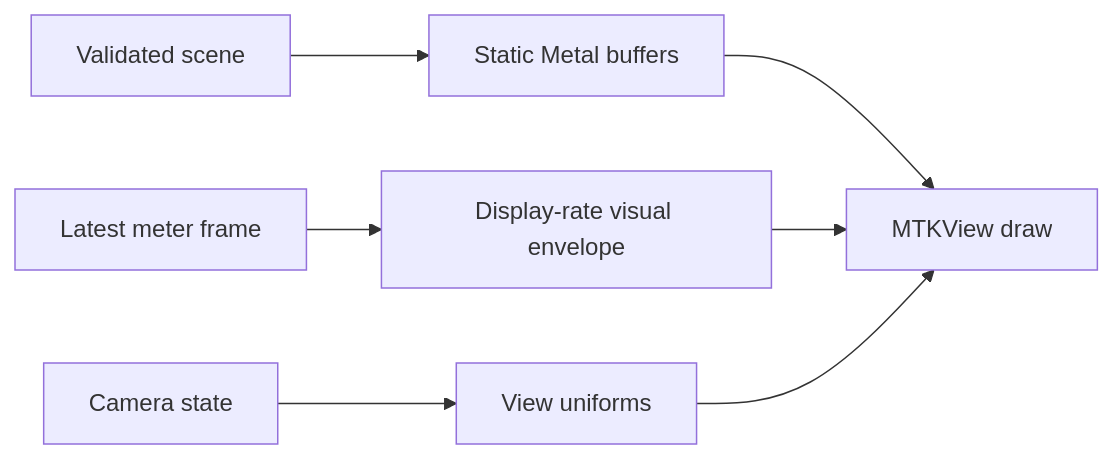
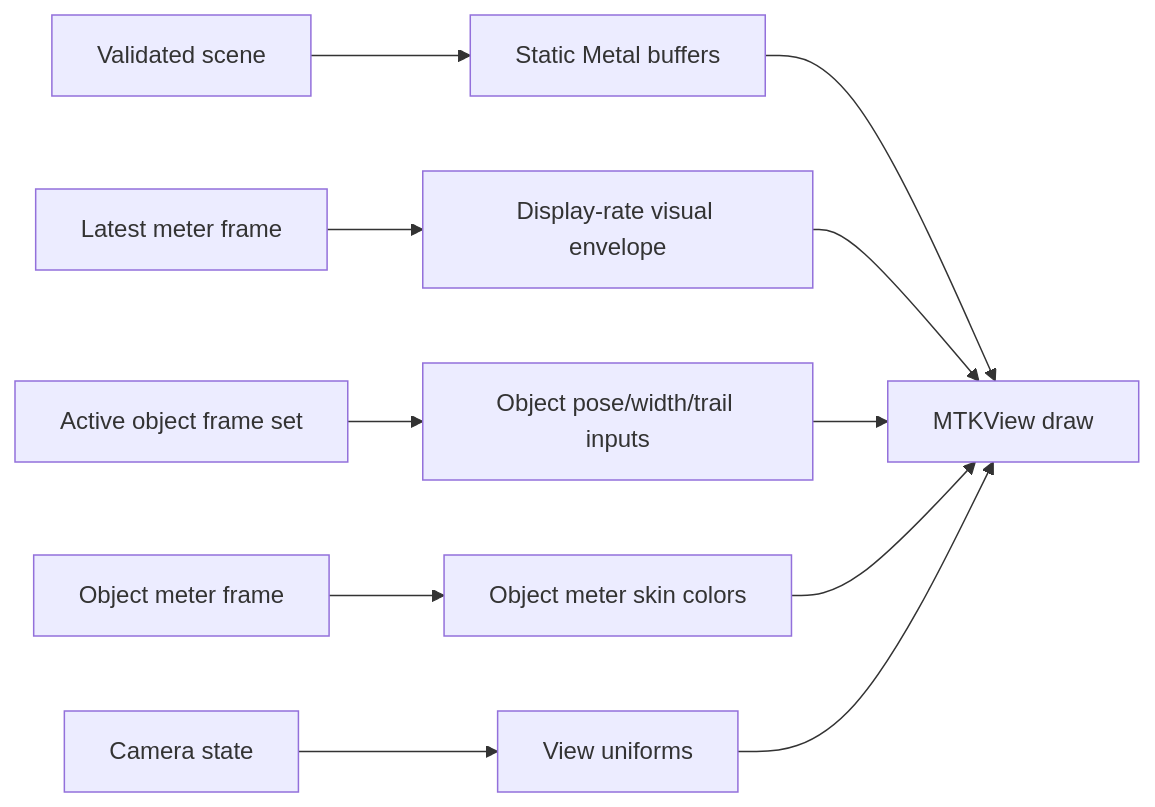
One commit to jebagu/orbital-view changed the fourth of 11 diagrams in docs/system-flows.md. Above: the diagram before and after it, drawn with Mermaid. The commit also changed other lines of this file and 23 other files, not shown here.

````diff
--- a/docs/system-flows.md
+++ b/docs/system-flows.md
@@ -36,9 +38,13 @@
 ```mermaid
 flowchart LR
   Scene["Validated scene"] --> StaticGeometry["Static Metal buffers"]
   MeterFrame["Latest meter frame"] --> VisualState["Display-rate visual envelope"]
+  Objects["Active object frame set"] --> ObjectPose["Object pose/width/trail inputs"]
+  ObjectMeters["Object meter frame"] --> ObjectColor["Object meter skin colors"]
   Camera["Camera state"] --> ViewUniforms["View uniforms"]
   StaticGeometry --> Draw["MTKView draw"]
   VisualState --> Draw
+  ObjectPose --> Draw
+  ObjectColor --> Draw
   ViewUniforms --> Draw
 ```
````
